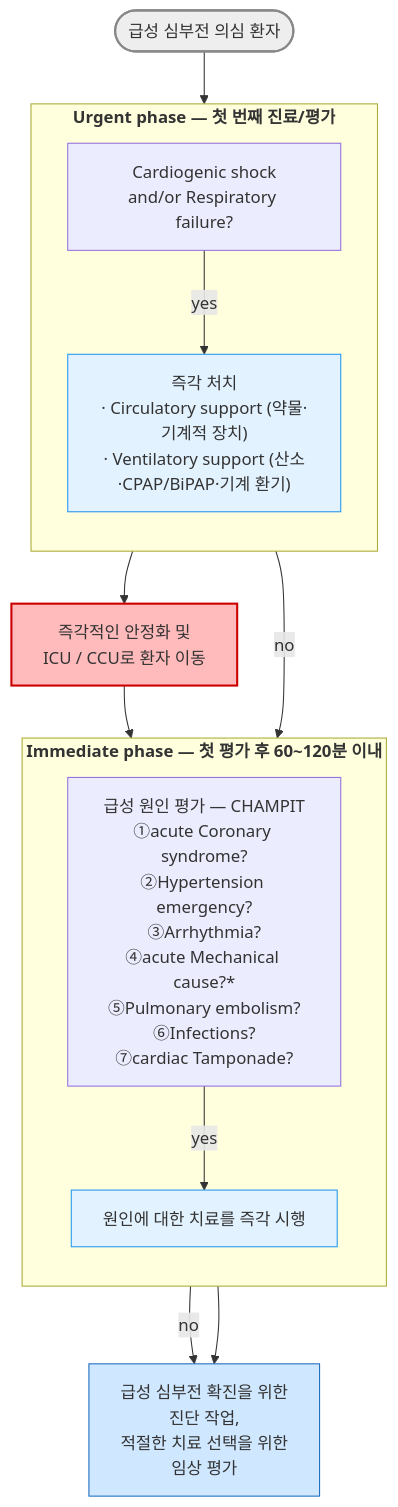
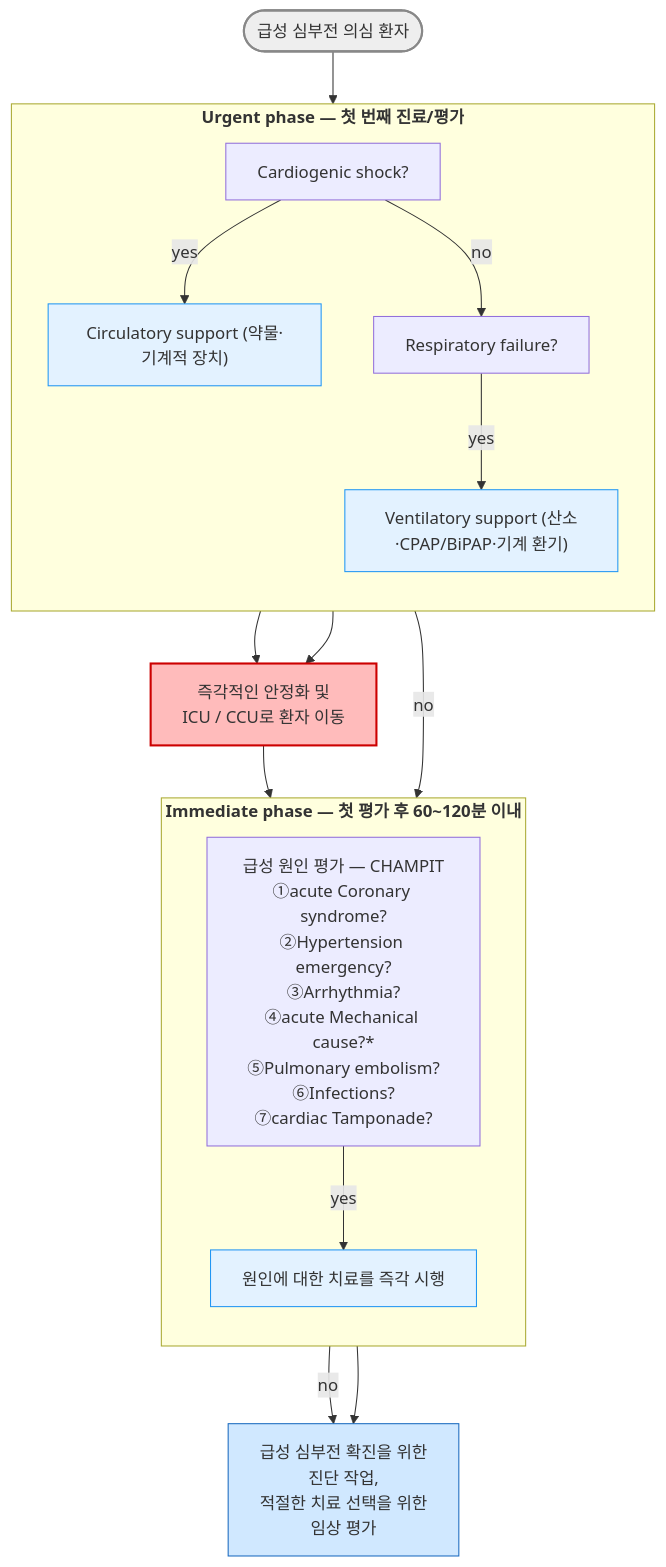
Before and after one commit to familyoh77/familyoh77: the third of 7 diagrams in 225_/098_-heart-failure.md, drawn with Mermaid. The commit also changed other lines of this file, not shown here.

````diff
--- a/225_/098_-heart-failure.md
+++ b/225_/098_-heart-failure.md
@@ -164,36 +179,42 @@
 ```mermaid
 flowchart TD
     START(["급성 심부전 의심 환자"])
     style START fill:#eeeeee,stroke:#888888,stroke-width:2px
 
     subgraph URGENT["<b>Urgent phase — 첫 번째 진료/평가"]
         direction TB
-        Q1["Cardiogenic shock\nand/or Respiratory failure?"]
-        SUPPORT["즉각 처치\n· Circulatory support (약물·기계적 장치)\n· Ventilatory support (산소·CPAP/BiPAP·기계 환기)"]
+        Q1["Cardiogenic shock?"]
+        Q2["Respiratory failure?"]
+        Q1S["Circulatory support (약물·기계적 장치)"]
+        Q2S["Ventilatory support (산소·CPAP/BiPAP·기계 환기)"]
         classDef sky fill:#e3f2ff,stroke:#2196f3
-        class SUPPORT sky
+        class Q1S,Q2S sky
+
     end
 
     ICU["즉각적인 안정화 및\nICU / CCU로 환자 이동"]
     style ICU fill:#fbb,stroke:#c00,stroke-width:2px
 
     subgraph IMMEDIATE["<b>Immediate phase — 첫 평가 후 60~120분 이내"]
         direction TB
         CAUSE["급성 원인 평가 — CHAMPIT\n①acute Coronary syndrome?\n②Hypertension emergency?\n③Arrhythmia?\n④acute Mechanical cause?*\n⑤Pulmonary embolism?\n⑥Infections?\n⑦cardiac Tamponade?"]
         TREAT["원인에 대한 치료를 즉각 시행"]
         style TREAT fill:#e3f2ff,stroke:#2196f3
     end
 
     WORKUP["급성 심부전 확진을 위한\n진단 작업,\n적절한 치료 선택을 위한\n임상 평가"]
     style WORKUP fill:#d0e8ff,stroke:#1a6abf
 
     START --> Q1
-    Q1 -->|yes| SUPPORT
-    SUPPORT --> ICU
-    Q1 -->|no| IMMEDIATE
+    Q1 -->|yes| Q1S
+    Q1 -->|no| Q2
+    Q2 -->|yes| Q2S
+    Q1S --> ICU
+    Q2S --> ICU
+    Q2 -->|no| IMMEDIATE
     ICU --> IMMEDIATE
     CAUSE -->|yes| TREAT
     CAUSE -->|no| WORKUP
     TREAT --> WORKUP
 
 ```
````
